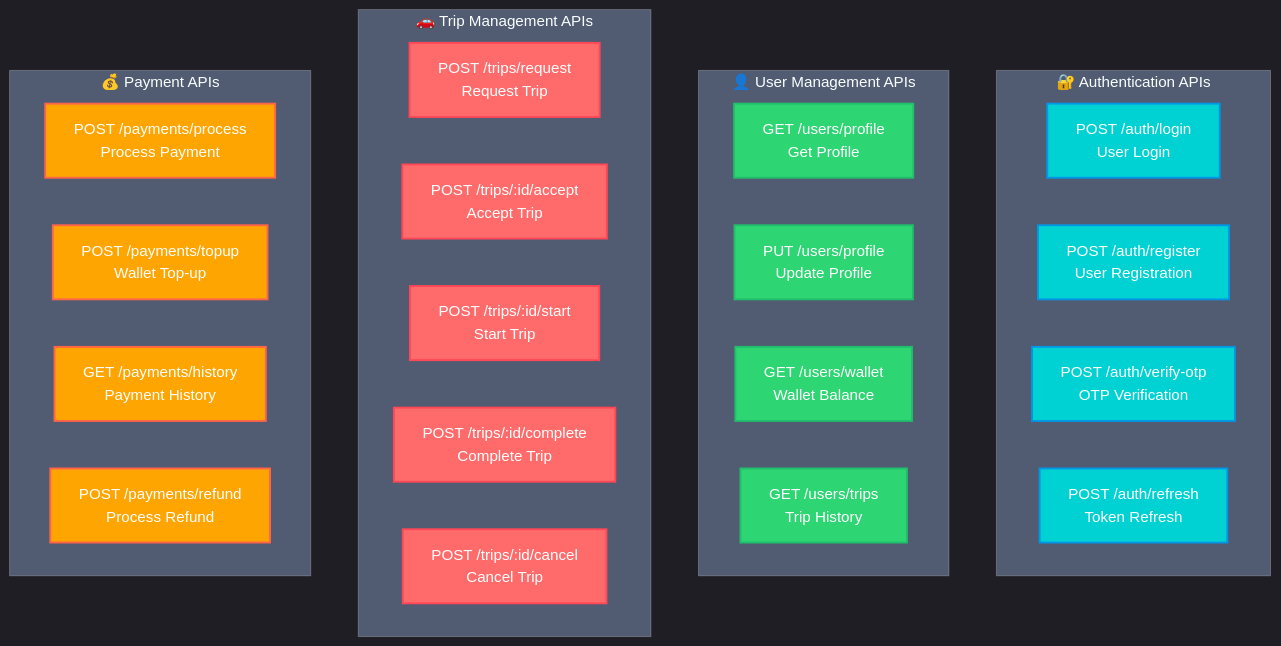
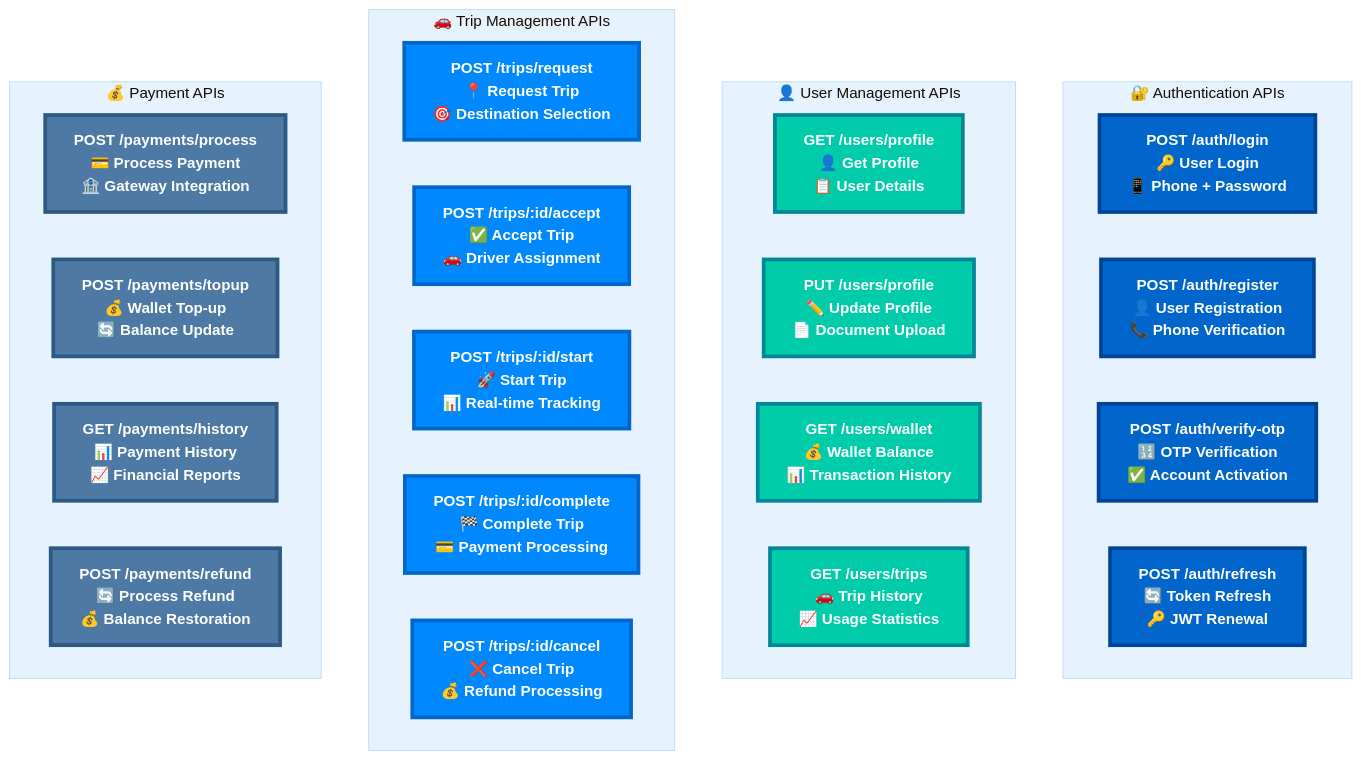
One commit to abdoElHodaky/transportapp changed the fifth of 7 diagrams in docs/ARCHITECTURE_UPDATED.md. Above: the diagram before and after it, drawn with Mermaid. The commit also changed other lines of this file and 1 other file, not shown here.

````diff
--- a/docs/ARCHITECTURE_UPDATED.md
+++ b/docs/ARCHITECTURE_UPDATED.md
@@ -384,58 +397,58 @@
 ```mermaid
 %%{init: {
-  'theme': 'dark',
+  'theme': 'base',
   'themeVariables': {
-    'primaryColor': '#00d2d3',
+    'primaryColor': '#0066cc',
     'primaryTextColor': '#ffffff',
-    'primaryBorderColor': '#0097e6',
-    'lineColor': '#ff6b6b',
-    'secondaryColor': '#2ed573',
-    'tertiaryColor': '#ffa502',
-    'background': '#1e1e1e',
-    'mainBkg': '#2f3542',
-    'secondBkg': '#57606f',
-    'tertiaryBkg': '#747d8c'
+    'primaryBorderColor': '#004499',
+    'lineColor': '#0066cc',
+    'secondaryColor': '#00ccaa',
+    'tertiaryColor': '#e6f3ff',
+    'background': '#ffffff',
+    'mainBkg': '#0066cc',
+    'secondBkg': '#00ccaa',
+    'tertiaryBkg': '#e6f3ff'
   }
 }}%%
 
 graph TD
     subgraph "🔐 Authentication APIs"
-        AUTH_LOGIN[POST /auth/login<br/>User Login]
-        AUTH_REGISTER[POST /auth/register<br/>User Registration]
-        AUTH_OTP[POST /auth/verify-otp<br/>OTP Verification]
-        AUTH_REFRESH[POST /auth/refresh<br/>Token Refresh]
+        AUTH_LOGIN[POST /auth/login<br/>🔑 User Login<br/>📱 Phone + Password]
+        AUTH_REGISTER[POST /auth/register<br/>👤 User Registration<br/>📞 Phone Verification]
+        AUTH_OTP[POST /auth/verify-otp<br/>🔢 OTP Verification<br/>✅ Account Activation]
+        AUTH_REFRESH[POST /auth/refresh<br/>🔄 Token Refresh<br/>🔑 JWT Renewal]
     end
     
     subgraph "👤 User Management APIs"
-        USER_PROFILE[GET /users/profile<br/>Get Profile]
-        USER_UPDATE[PUT /users/profile<br/>Update Profile]
-        USER_WALLET[GET /users/wallet<br/>Wallet Balance]
-        USER_HISTORY[GET /users/trips<br/>Trip History]
+        USER_PROFILE[GET /users/profile<br/>👤 Get Profile<br/>📋 User Details]
+        USER_UPDATE[PUT /users/profile<br/>✏️ Update Profile<br/>📄 Document Upload]
+        USER_WALLET[GET /users/wallet<br/>💰 Wallet Balance<br/>📊 Transaction History]
+        USER_HISTORY[GET /users/trips<br/>🚗 Trip History<br/>📈 Usage Statistics]
     end
     
     subgraph "🚗 Trip Management APIs"
-        TRIP_REQUEST[POST /trips/request<br/>Request Trip]
-        TRIP_ACCEPT[POST /trips/:id/accept<br/>Accept Trip]
-        TRIP_START[POST /trips/:id/start<br/>Start Trip]
-        TRIP_COMPLETE[POST /trips/:id/complete<br/>Complete Trip]
-        TRIP_CANCEL[POST /trips/:id/cancel<br/>Cancel Trip]
+        TRIP_REQUEST[POST /trips/request<br/>📍 Request Trip<br/>🎯 Destination Selection]
+        TRIP_ACCEPT[POST /trips/:id/accept<br/>✅ Accept Trip<br/>🚗 Driver Assignment]
+        TRIP_START[POST /trips/:id/start<br/>🚀 Start Trip<br/>📊 Real-time Tracking]
+        TRIP_COMPLETE[POST /trips/:id/complete<br/>🏁 Complete Trip<br/>💳 Payment Processing]
+        TRIP_CANCEL[POST /trips/:id/cancel<br/>❌ Cancel Trip<br/>💰 Refund Processing]
     end
     
     subgraph "💰 Payment APIs"
-        PAY_PROCESS[POST /payments/process<br/>Process Payment]
-        PAY_TOPUP[POST /payments/topup<br/>Wallet Top-up]
-        PAY_HISTORY[GET /payments/history<br/>Payment History]
-        PAY_REFUND[POST /payments/refund<br/>Process Refund]
+        PAY_PROCESS[POST /payments/process<br/>💳 Process Payment<br/>🏦 Gateway Integration]
+        PAY_TOPUP[POST /payments/topup<br/>💰 Wallet Top-up<br/>🔄 Balance Update]
+        PAY_HISTORY[GET /payments/history<br/>📊 Payment History<br/>📈 Financial Reports]
+        PAY_REFUND[POST /payments/refund<br/>🔄 Process Refund<br/>💰 Balance Restoration]
     end
 
-    %% Styling
-    classDef authStyle fill:#00d2d3,stroke:#0097e6,stroke-width:2px,color:#fff
-    classDef userStyle fill:#2ed573,stroke:#20bf6b,stroke-width:2px,color:#fff
-    classDef tripStyle fill:#ff6b6b,stroke:#ff4757,stroke-width:2px,color:#fff
-    classDef paymentStyle fill:#ffa502,stroke:#ff6348,stroke-width:2px,color:#fff
+    %% Eye-catching Architecture API Styling
+    classDef authAPI fill:#0066cc,stroke:#004499,stroke-width:4px,color:#ffffff,font-weight:bold
+    classDef userAPI fill:#00ccaa,stroke:#008899,stroke-width:4px,color:#ffffff,font-weight:bold
+    classDef tripAPI fill:#0088ff,stroke:#0066cc,stroke-width:4px,color:#ffffff,font-weight:bold
+    classDef paymentAPI fill:#4d79a4,stroke:#2e5984,stroke-width:4px,color:#ffffff,font-weight:bold
 
-    class AUTH_LOGIN,AUTH_REGISTER,AUTH_OTP,AUTH_REFRESH authStyle
-    class USER_PROFILE,USER_UPDATE,USER_WALLET,USER_HISTORY userStyle
-    class TRIP_REQUEST,TRIP_ACCEPT,TRIP_START,TRIP_COMPLETE,TRIP_CANCEL tripStyle
-    class PAY_PROCESS,PAY_TOPUP,PAY_HISTORY,PAY_REFUND paymentStyle
+    class AUTH_LOGIN,AUTH_REGISTER,AUTH_OTP,AUTH_REFRESH authAPI
+    class USER_PROFILE,USER_UPDATE,USER_WALLET,USER_HISTORY userAPI
+    class TRIP_REQUEST,TRIP_ACCEPT,TRIP_START,TRIP_COMPLETE,TRIP_CANCEL tripAPI
+    class PAY_PROCESS,PAY_TOPUP,PAY_HISTORY,PAY_REFUND paymentAPI
 ```
````
